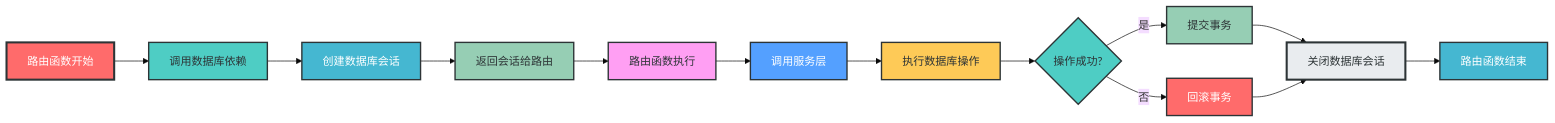
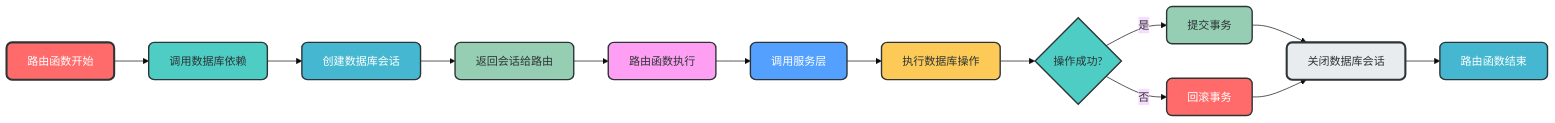
The sixth of 6 diagrams in README.md (amuqiao/FastAPI-MVC), drawn with Mermaid (base theme) before and after one commit. The commit also changed other lines of this file, not shown here.

````diff
--- a/README.md
+++ b/README.md
@@ -233,28 +233,28 @@
 ```mermaid
 graph LR
     A[路由函数开始] --> B[调用数据库依赖]
     B --> C[创建数据库会话]
     C --> D[返回会话给路由]
     D --> E[路由函数执行]
     E --> F[调用服务层]
     F --> G[执行数据库操作]
     G --> H{操作成功?}
     H -->|是| I[提交事务]
     H -->|否| J[回滚事务]
     I --> K[关闭数据库会话]
     J --> K
     K --> L[路由函数结束]
     
-    style A fill:#FF6B6B,stroke:#2D3436,stroke-width:3px,color:white
-    style B fill:#4ECDC4,stroke:#2D3436,stroke-width:2px,color:#2D3436
-    style C fill:#45B7D1,stroke:#2D3436,stroke-width:2px,color:white
-    style D fill:#96CEB4,stroke:#2D3436,stroke-width:2px,color:#2D3436
-    style E fill:#FF9FF3,stroke:#2D3436,stroke-width:2px,color:#2D3436
-    style F fill:#54A0FF,stroke:#2D3436,stroke-width:2px,color:white
-    style G fill:#FECA57,stroke:#2D3436,stroke-width:2px,color:#2D3436
-    style H fill:#4ECDC4,stroke:#2D3436,stroke-width:2px,color:#2D3436
-    style I fill:#96CEB4,stroke:#2D3436,stroke-width:2px,color:#2D3436
-    style J fill:#FF6B6B,stroke:#2D3436,stroke-width:2px,color:white
-    style K fill:#E9ECEF,stroke:#2D3436,stroke-width:3px,color:#2D3436
-    style L fill:#45B7D1,stroke:#2D3436,stroke-width:2px,color:white
+    style A fill:#FF6B6B,stroke:#2D3436,stroke-width:3px,color:white,rx:8,ry:8
+    style B fill:#4ECDC4,stroke:#2D3436,stroke-width:2px,color:#2D3436,rx:8,ry:8
+    style C fill:#45B7D1,stroke:#2D3436,stroke-width:2px,color:white,rx:8,ry:8
+    style D fill:#96CEB4,stroke:#2D3436,stroke-width:2px,color:#2D3436,rx:8,ry:8
+    style E fill:#FF9FF3,stroke:#2D3436,stroke-width:2px,color:#2D3436,rx:8,ry:8
+    style F fill:#54A0FF,stroke:#2D3436,stroke-width:2px,color:white,rx:8,ry:8
+    style G fill:#FECA57,stroke:#2D3436,stroke-width:2px,color:#2D3436,rx:8,ry:8
+    style H fill:#4ECDC4,stroke:#2D3436,stroke-width:2px,color:#2D3436,rx:8,ry:8
+    style I fill:#96CEB4,stroke:#2D3436,stroke-width:2px,color:#2D3436,rx:8,ry:8
+    style J fill:#FF6B6B,stroke:#2D3436,stroke-width:2px,color:white,rx:8,ry:8
+    style K fill:#E9ECEF,stroke:#2D3436,stroke-width:3px,color:#2D3436,rx:8,ry:8
+    style L fill:#45B7D1,stroke:#2D3436,stroke-width:2px,color:white,rx:8,ry:8
 ```
````
